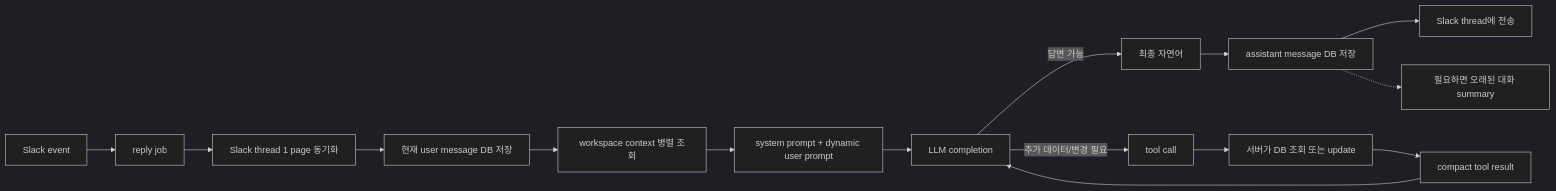
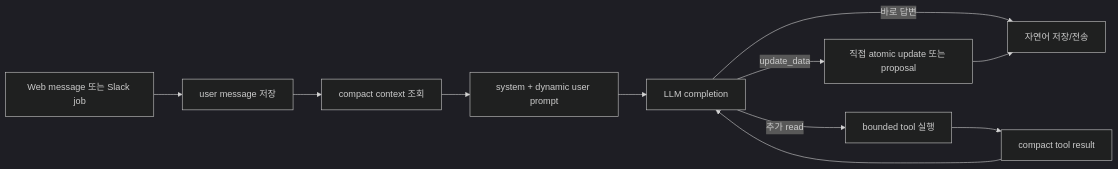
Before and after one commit to matchharper/harper_beta: the diagram in src/lib/org/agent/LLM_CALL_TRACE_KO.md, drawn with Mermaid (dark theme). The commit also changed other lines of this file and 152 other files, not shown here.

````diff
--- a/src/lib/org/agent/LLM_CALL_TRACE_KO.md
+++ b/src/lib/org/agent/LLM_CALL_TRACE_KO.md
@@ -26,17 +10,13 @@
 ```mermaid
 flowchart LR
-    A["Slack event"] --> B["reply job"]
-    B --> C["Slack thread 1 page 동기화"]
-    C --> D["현재 user message DB 저장"]
-    D --> E["workspace context 병렬 조회"]
-    E --> F["system prompt + dynamic user prompt"]
-    F --> G["LLM completion"]
-    G -->|"답변 가능"| H["최종 자연어"]
-    G -->|"추가 데이터/변경 필요"| I["tool call"]
-    I --> J["서버가 DB 조회 또는 update"]
-    J --> K["compact tool result"]
-    K --> G
-    H --> L["assistant message DB 저장"]
-    L --> M["Slack thread에 전송"]
-    L -.-> N["필요하면 오래된 대화 summary"]
+    A["Web message 또는 Slack job"] --> B["user message 저장"]
+    B --> C["compact context 조회"]
+    C --> D["system + dynamic user prompt"]
+    D --> E["LLM completion"]
+    E -->|"바로 답변"| F["자연어 저장/전송"]
+    E -->|"추가 read"| G["bounded tool 실행"]
+    G --> H["compact tool result"]
+    H --> E
+    E -->|"update_data"| I["직접 atomic update 또는 proposal"]
+    I --> F
 ```
````
